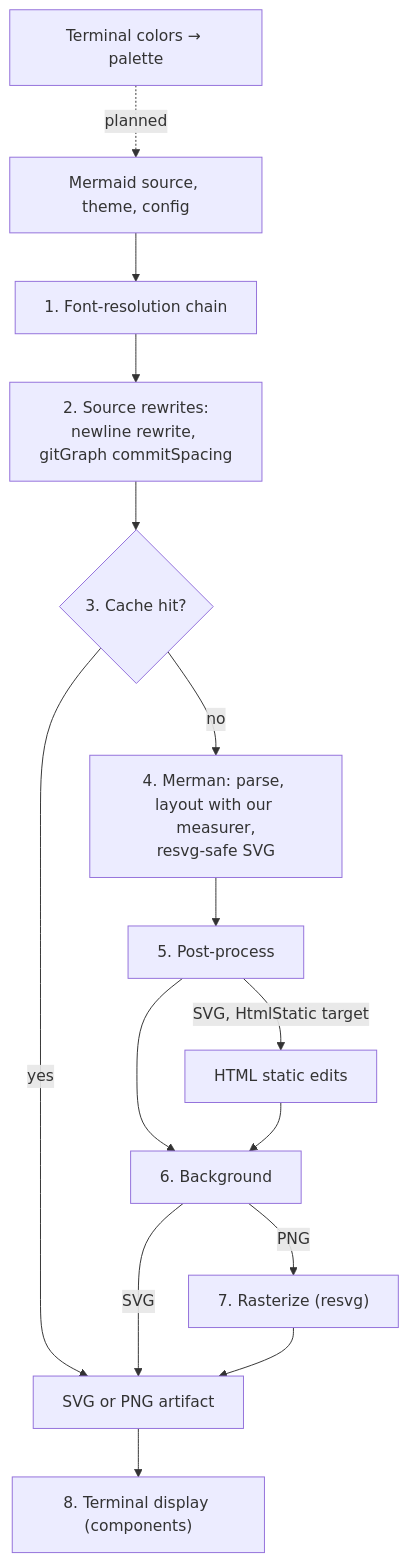
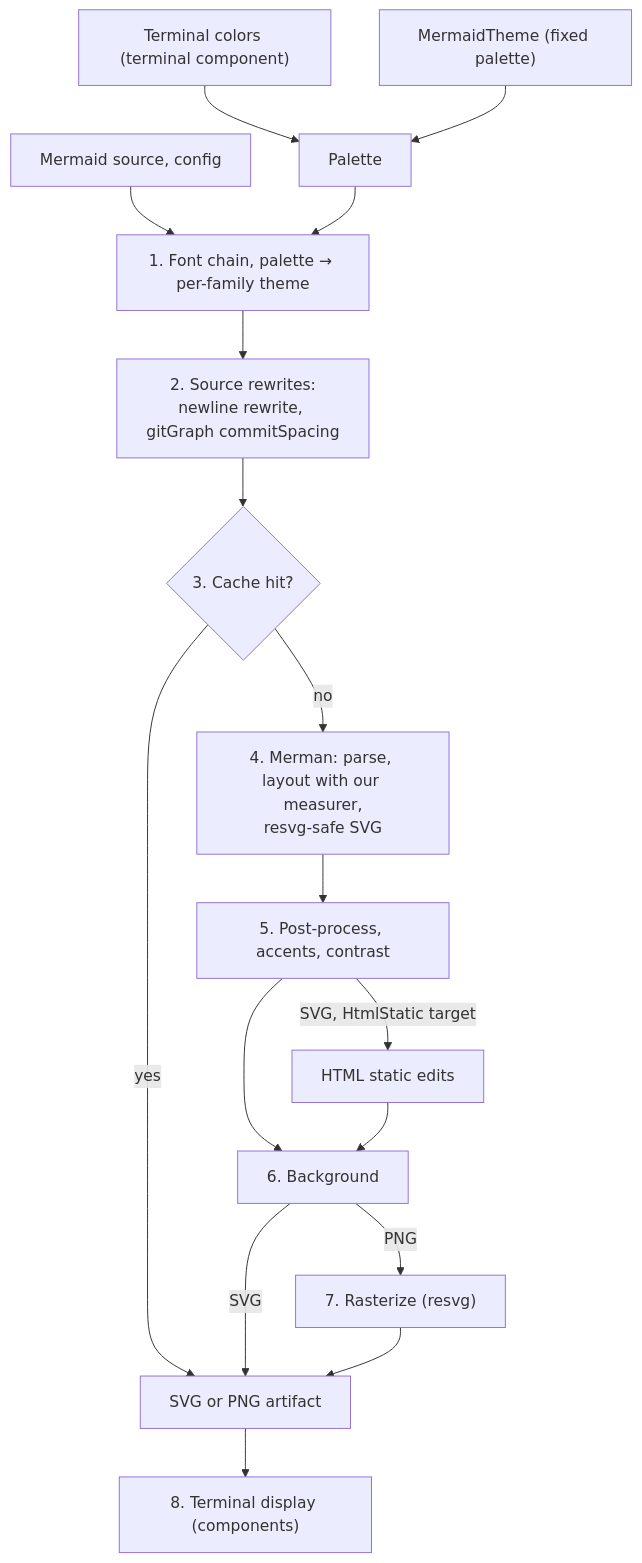
The first of 4 diagrams in biscuit-visualized/docs/merman.md (yankeeinlondon/rusty-biscuit), drawn with Mermaid before and after one commit. The commit also changed other lines of this file and 29 other files, not shown here.

First line of the commit message:
feat(biscuit-visualized): render theme-aware Mermaid diagrams

````diff
--- a/biscuit-visualized/docs/merman.md
+++ b/biscuit-visualized/docs/merman.md
@@ -32,17 +33,19 @@
 ```mermaid
 flowchart TD
-    IN["Mermaid source, theme, config"] --> FC["1. Font-resolution chain"]
-    TC["Terminal colors → palette"] -.->|planned| IN
+    TC["Terminal colors (terminal component)"] --> PAL["Palette"]
+    TH["MermaidTheme (fixed palette)"] --> PAL
+    IN["Mermaid source, config"] --> FC["1. Font chain, palette → per-family theme"]
+    PAL --> FC
     FC --> RW["2. Source rewrites:<br/>newline rewrite, gitGraph commitSpacing"]
     RW --> CK{"3. Cache hit?"}
     CK -->|yes| OUT["SVG or PNG artifact"]
     CK -->|no| MM["4. Merman: parse, layout with our measurer,<br/>resvg-safe SVG"]
-    MM --> PP["5. Post-process"]
+    MM --> PP["5. Post-process, accents, contrast"]
     PP --> BG["6. Background"]
     PP -->|"SVG, HtmlStatic target"| HS["HTML static edits"]
     HS --> BG
     BG -->|SVG| OUT
     BG -->|PNG| RA["7. Rasterize (resvg)"]
     RA --> OUT
     OUT --> TD["8. Terminal display (components)"]
 ```
````
